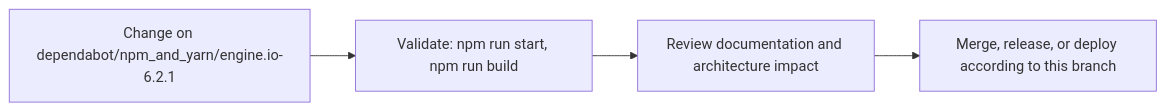
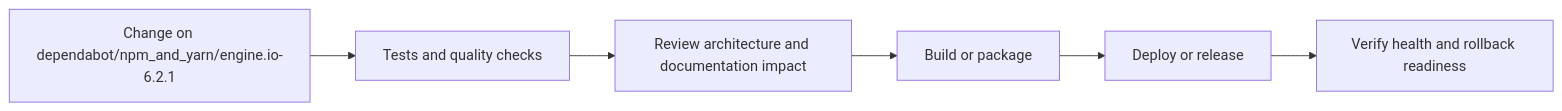
Before and after one commit to Nischhalsubba/Personal-Website: the fourth of 5 diagrams in README.md, drawn with Mermaid. The commit also changed other lines of this file, not shown here.

````diff
--- a/README.md
+++ b/README.md
@@ -62,8 +134,8 @@
 ```mermaid
 flowchart LR
-    CHANGE["Change on dependabot/npm_and_yarn/engine.io-6.2.1"]
-    CHECK["Validate: npm run start, npm run build"]
-    REVIEW["Review documentation and architecture impact"]
-    RELEASE["Merge, release, or deploy according to this branch"]
-    CHANGE --> CHECK --> REVIEW --> RELEASE
+    CHANGE["Change on dependabot/npm_and_yarn/engine.io-6.2.1"] --> CHECK["Tests and quality checks"]
+    CHECK --> REVIEW["Review architecture and documentation impact"]
+    REVIEW --> BUILD["Build or package"]
+    BUILD --> DEPLOY["Deploy or release"]
+    DEPLOY --> VERIFY["Verify health and rollback readiness"]
 ```
````
